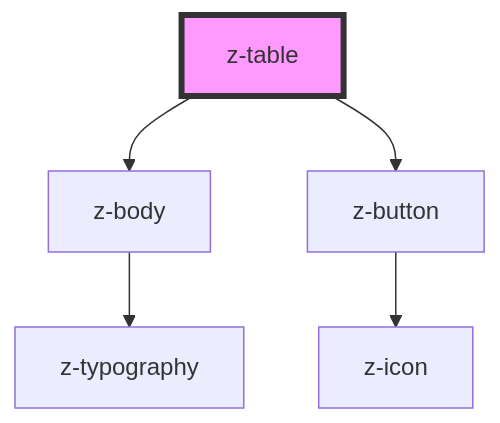
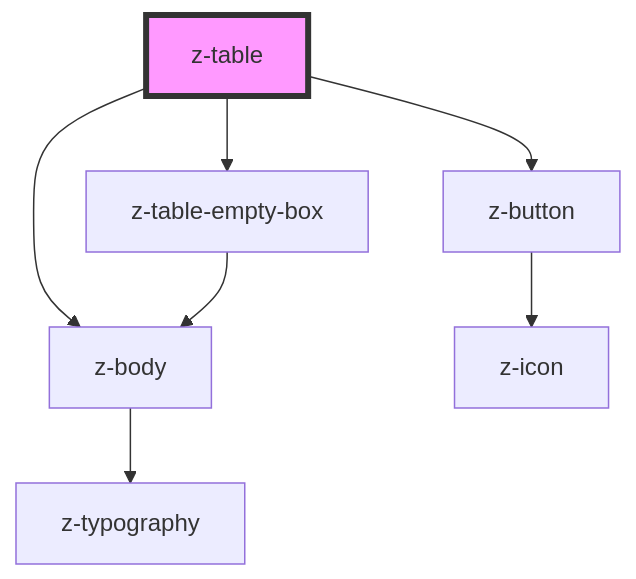
The diagram in src/components/z-table/z-table/readme.md (ZanichelliEditore/design-system), drawn with Mermaid before and after one commit. The commit also changed other lines of this file and 14 other files, not shown here.

````diff
--- a/src/components/z-table/z-table/readme.md
+++ b/src/components/z-table/z-table/readme.md
@@ -54,8 +55,10 @@
 ```mermaid
 graph TD;
   z-table --> z-body
+  z-table --> z-table-empty-box
   z-table --> z-button
   z-body --> z-typography
+  z-table-empty-box --> z-body
   z-button --> z-icon
   style z-table fill:#f9f,stroke:#333,stroke-width:4px
 ```
````
